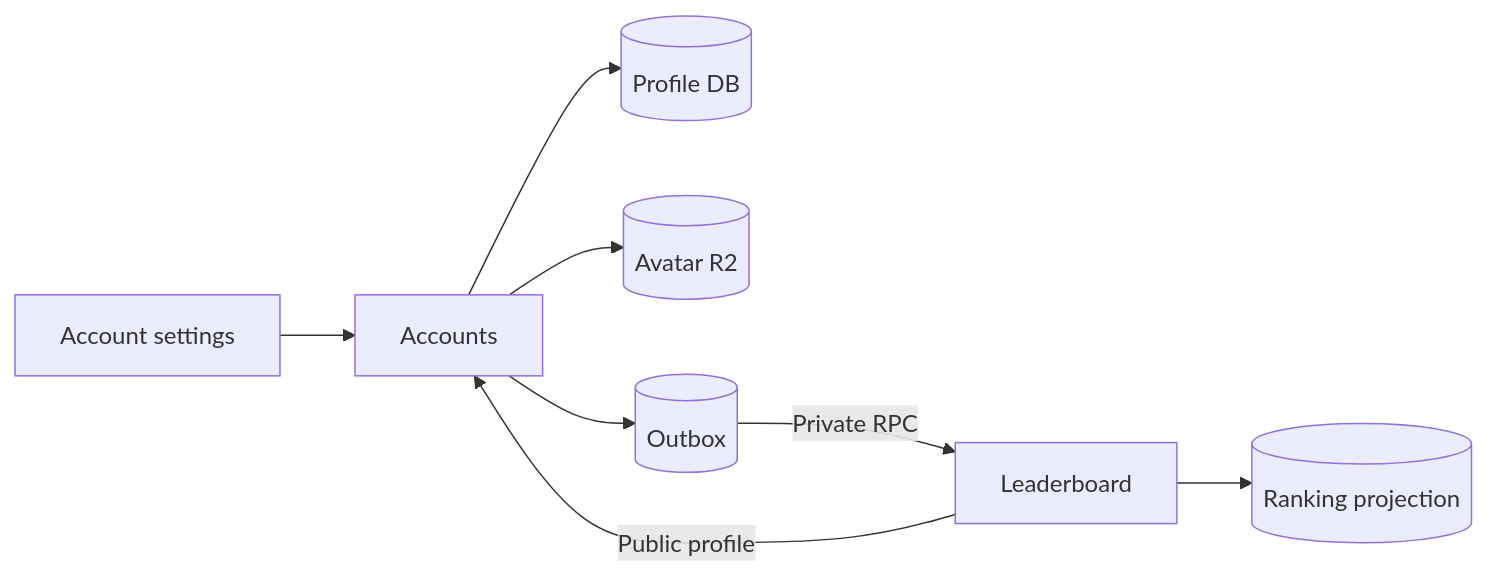
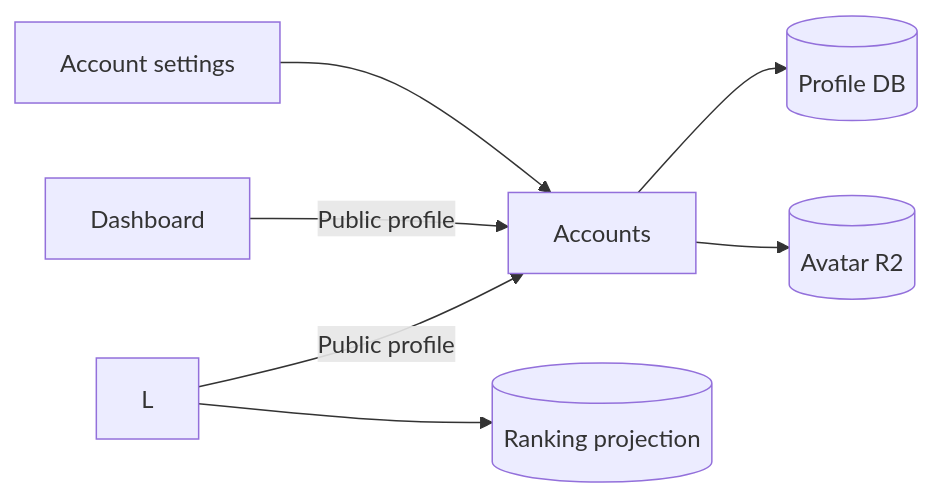
One commit to nulltask/be-music changed the diagram in docs/adr/0009-accounts-profiles.md. Above: the diagram before and after it, drawn with Mermaid. The commit also changed other lines of this file and 20 other files, not shown here.

````diff
--- a/docs/adr/0009-accounts-profiles.md
+++ b/docs/adr/0009-accounts-profiles.md
@@ -9,10 +11,9 @@
 ```mermaid
 flowchart LR
     U[Account settings] --> A[Accounts]
     A --> D[(Profile DB)]
     A --> R[(Avatar R2)]
-    A --> O[(Outbox)]
-    O -->|Private RPC| L[Leaderboard]
+    H[Dashboard] -->|Public profile| A
     L -->|Public profile| A
     L --> P[(Ranking projection)]
 ```
````
